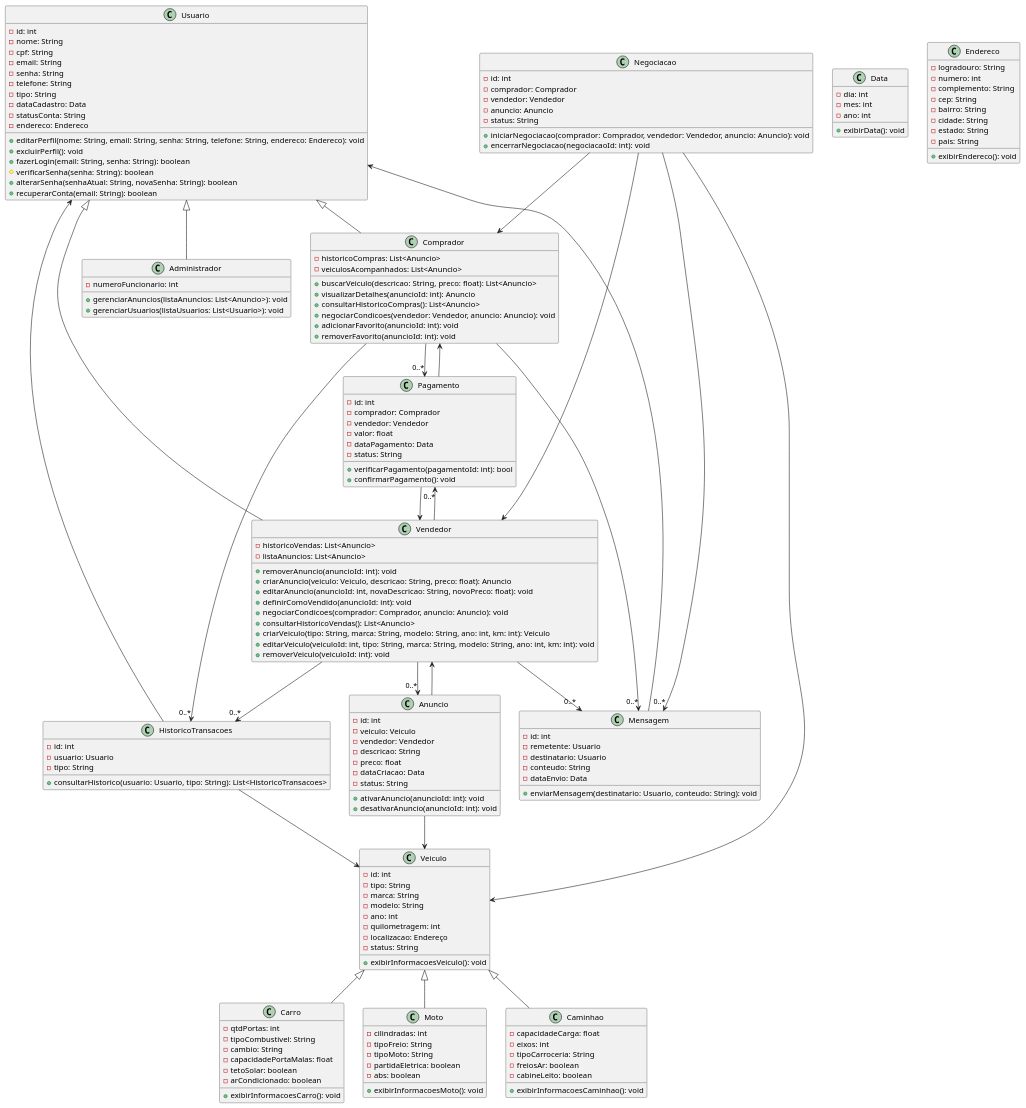
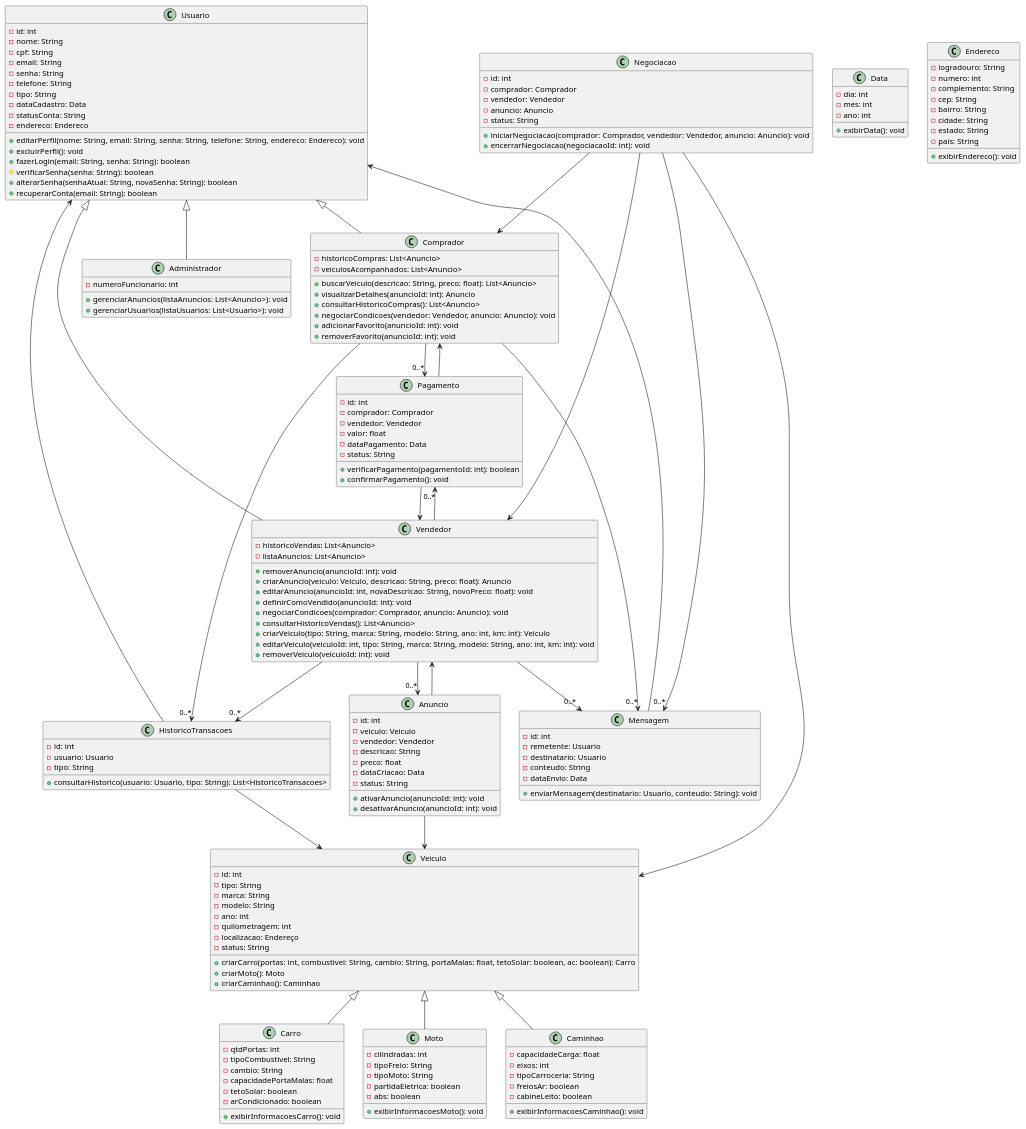
One commit to guilhermeoliveirateo/sistema-compra-venda-veiculos changed the diagram in classes.md. Above: the diagram before and after it, drawn with PlantUML.

```diff
--- a/classes.md
+++ b/classes.md
@@ -77,7 +77,9 @@
 -localizacao: Endereço
 -status: String
 
-+exibirInformacoesVeiculo(): void
++criarCarro(portas: int, combustivel: String, cambio: String, portaMalas: float, tetoSolar: boolean, ac: boolean): Carro
++criarMoto(): Moto
++criarCaminhao(): Caminhao
 }
 
 class Carro{
@@ -136,7 +138,7 @@
 -dataPagamento: Data
 -status: String
 
-+verificarPagamento(pagamentoId: int): bool
++verificarPagamento(pagamentoId: int): boolean
 +confirmarPagamento(): void
 }
 
```
